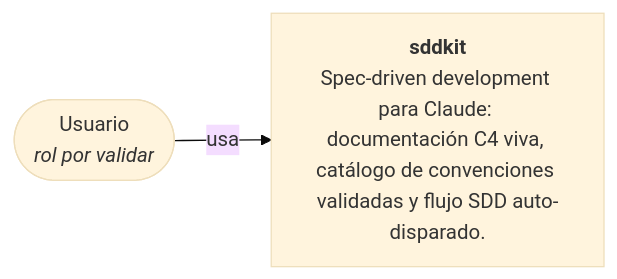
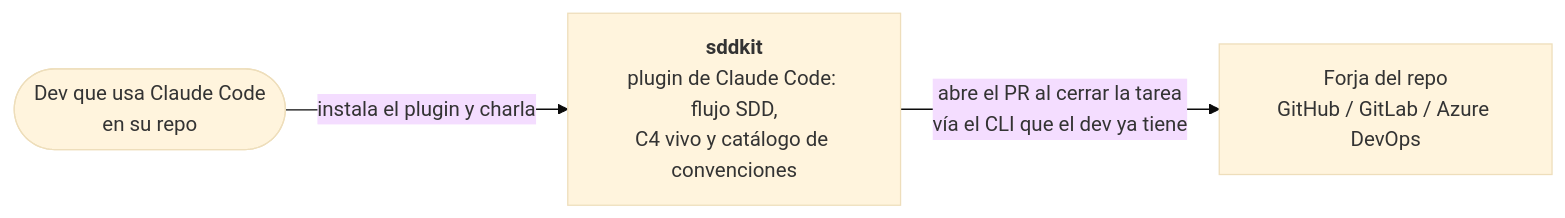
Before and after one commit to ezepaskana/sddkit: the diagram in .sdd/c4/context.md, drawn with Mermaid (base theme). The commit also changed other lines of this file and 194 other files, not shown here.

First line of the commit message:
sddkit como plugin de Claude Code: C4 vivo, artefactos en terminal y hooks (#28)

````diff
--- a/.sdd/c4/context.md
+++ b/.sdd/c4/context.md
@@ -9,6 +9,8 @@
 ```mermaid
 flowchart LR
-  user(["Usuario<br/><i>rol por validar</i>"])
-  sys["<b>sddkit</b><br/>Spec-driven development para Claude: documentación C4 viva, catálogo de convenciones validadas y flujo SDD auto-disparado."]
-  user -- usa --> sys
+  dev(["Dev que usa Claude Code<br/>en su repo"])
+  sys["<b>sddkit</b><br/>plugin de Claude Code: flujo SDD,<br/>C4 vivo y catálogo de convenciones"]
+  forja["Forja del repo<br/>GitHub / GitLab / Azure DevOps"]
+  dev -- instala el plugin y charla --> sys
+  sys -- abre el PR al cerrar la tarea<br/>vía el CLI que el dev ya tiene --> forja
 ```
````
